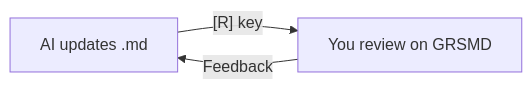
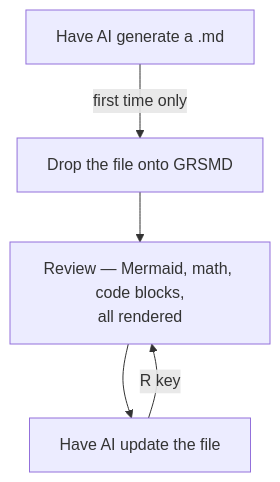
The diagram in grsmd/article_gen2_en.md (GoodRelax/articles), drawn with Mermaid before and after one commit. The commit also changed other lines of this file and 15 other files, not shown here.

````diff
--- a/grsmd/article_gen2_en.md
+++ b/grsmd/article_gen2_en.md
@@ -23,5 +42,7 @@
 ```mermaid
-flowchart LR
-    A["AI updates .md"] -->|"[R] key"| B["You review on GRSMD"]
-    B -->|"Feedback"| A
+flowchart TD
+    A["Have AI generate a .md"] -->|"first time only"| B["Drop the file onto GRSMD"]
+    B --> C["Review — Mermaid, math, code blocks,\nall rendered"]
+    C --> D["Have AI update the file"]
+    D -->|"R key"| C
 ```
````
